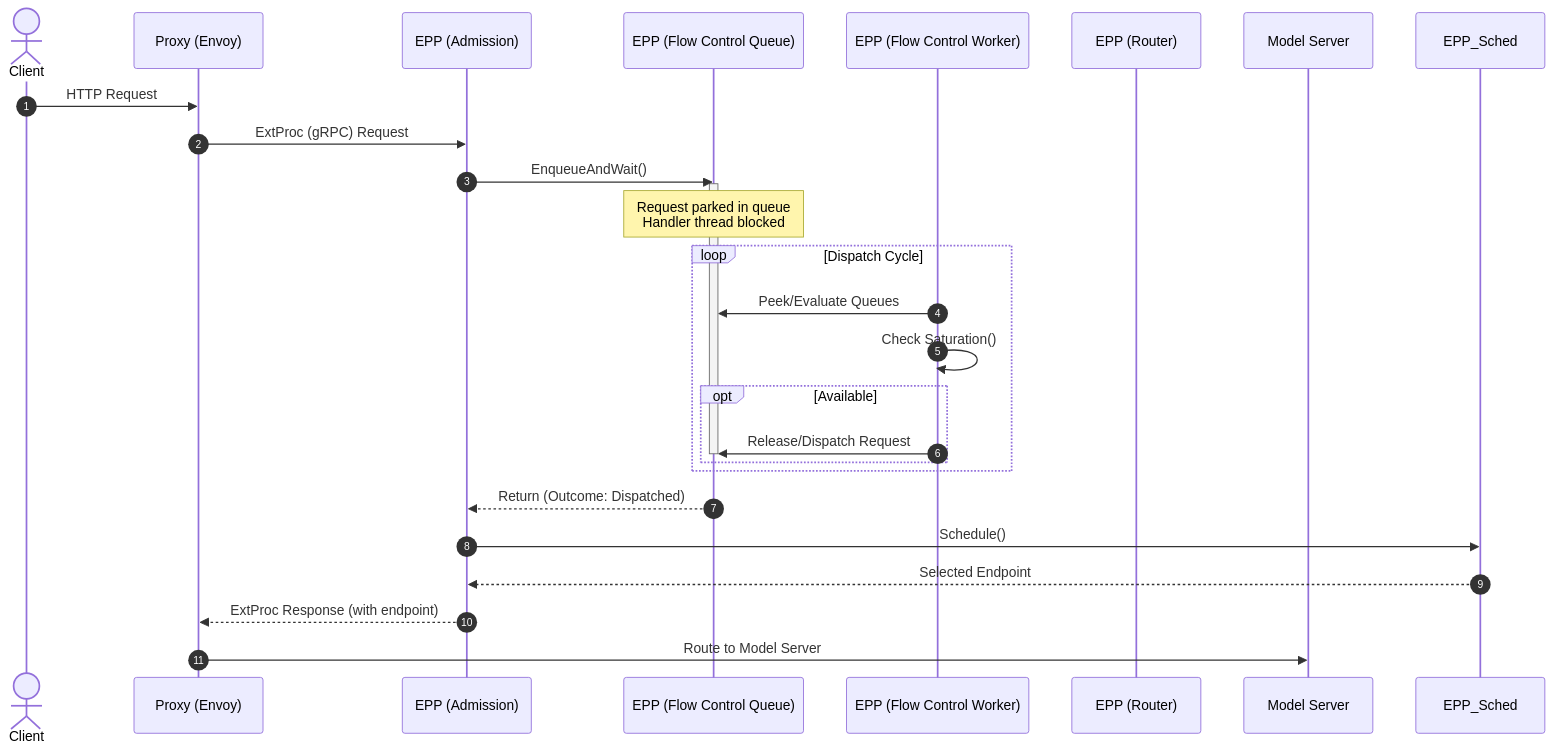
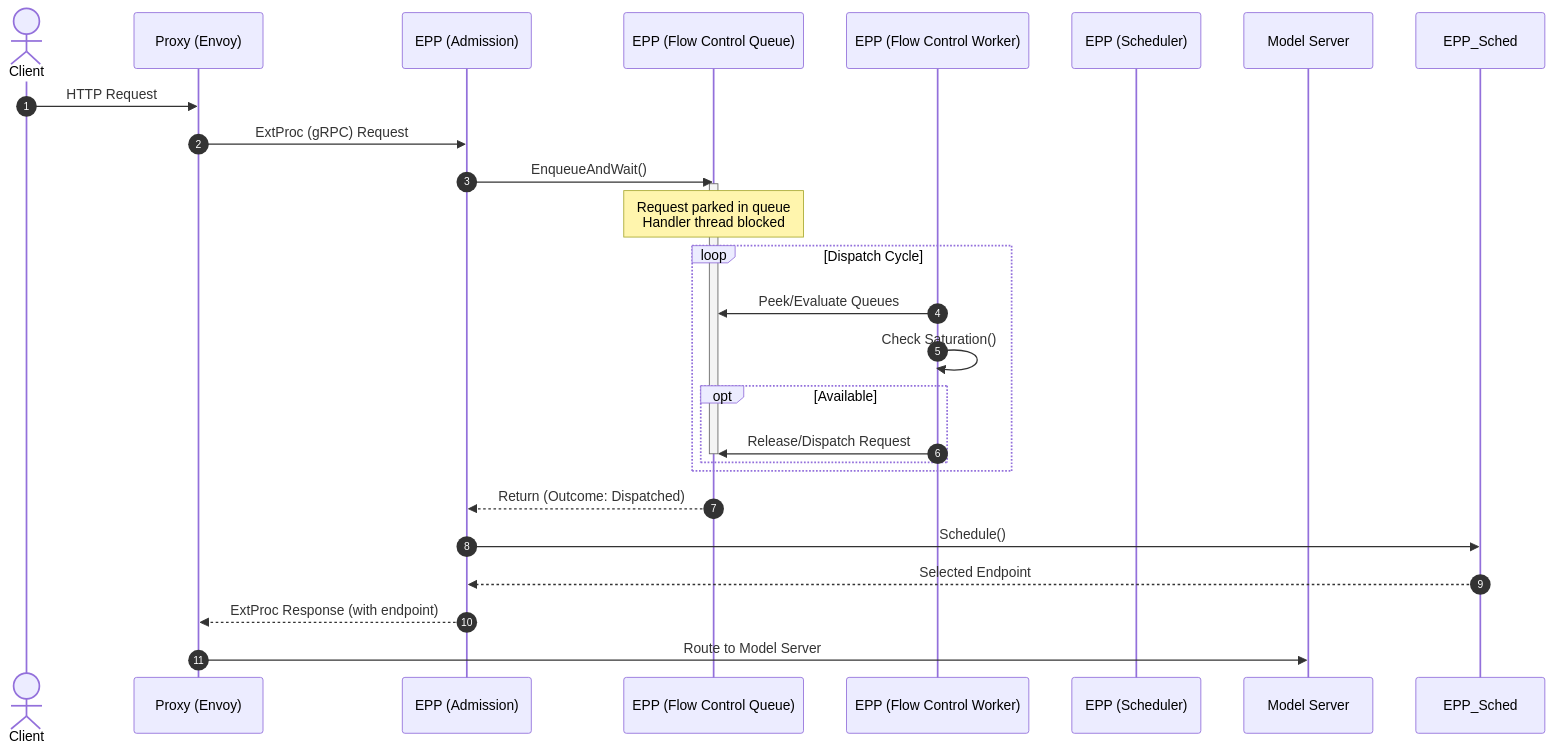
The second of 3 diagrams in docs/wip-docs-new/architecture/core/router/epp/flow-control.md (ahg-g/llm-d), drawn with Mermaid before and after one commit. The commit also changed other lines of this file and 18 other files, not shown here.

````diff
--- a/docs/wip-docs-new/architecture/core/router/epp/flow-control.md
+++ b/docs/wip-docs-new/architecture/core/router/epp/flow-control.md
@@ -261,32 +261,32 @@
 ```mermaid
 sequenceDiagram
     autonumber
     actor Client
     participant Proxy as Proxy (Envoy)
     participant EPP_Adm as EPP (Admission)
     participant EPP_Q as EPP (Flow Control Queue)
     participant EPP_BW as EPP (Flow Control Worker)
-    participant EPP_Router as EPP (Router)
+    participant EPP_Scheduler as EPP (Scheduler)
     participant Endpoint as Model Server
 
     Client->>Proxy: HTTP Request
     Proxy->>EPP_Adm: ExtProc (gRPC) Request
     EPP_Adm->>EPP_Q: EnqueueAndWait()
     activate EPP_Q
     Note over EPP_Q: Request parked in queue<br/>Handler thread blocked
 
     loop Dispatch Cycle
         EPP_BW->>EPP_Q: Peek/Evaluate Queues
         EPP_BW->>EPP_BW: Check Saturation()
         opt Available
             EPP_BW->>EPP_Q: Release/Dispatch Request
             deactivate EPP_Q
         end
     end
     EPP_Q-->>EPP_Adm: Return (Outcome: Dispatched)
 
     EPP_Adm->>EPP_Sched: Schedule()
     EPP_Sched-->>EPP_Adm: Selected Endpoint
     EPP_Adm-->>Proxy: ExtProc Response (with endpoint)
     Proxy->>Endpoint: Route to Model Server
 ```
````
